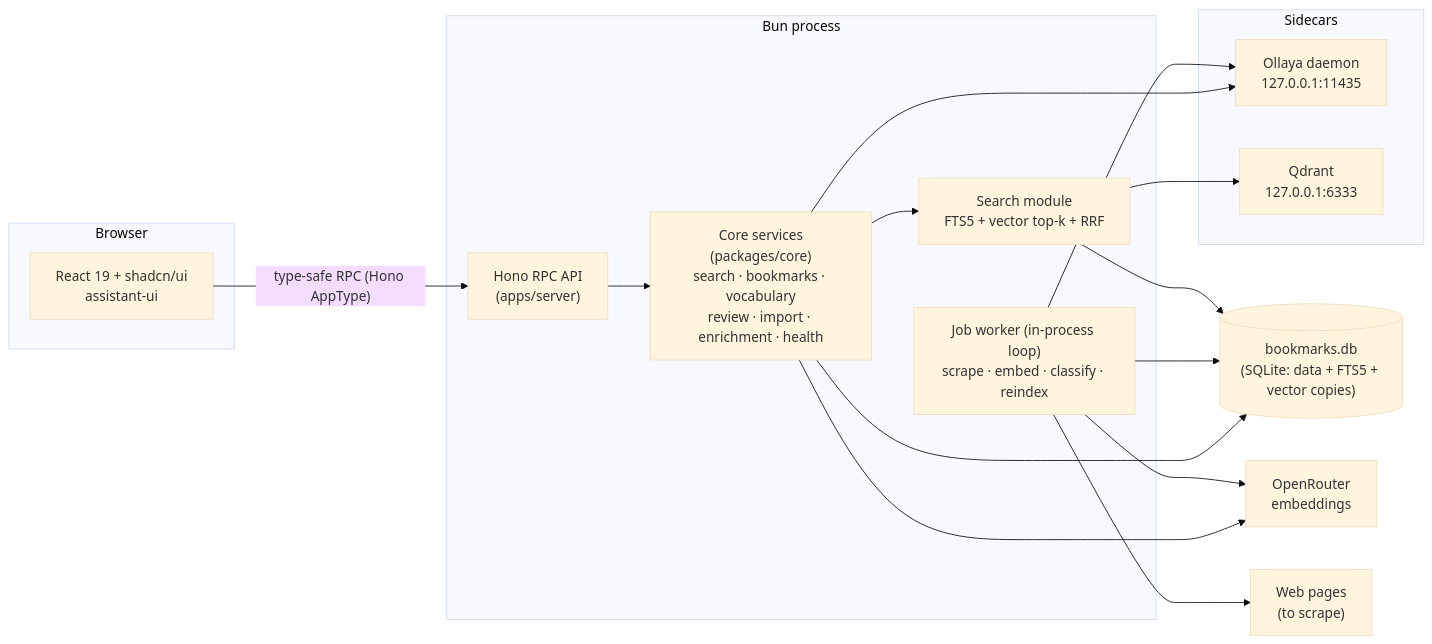
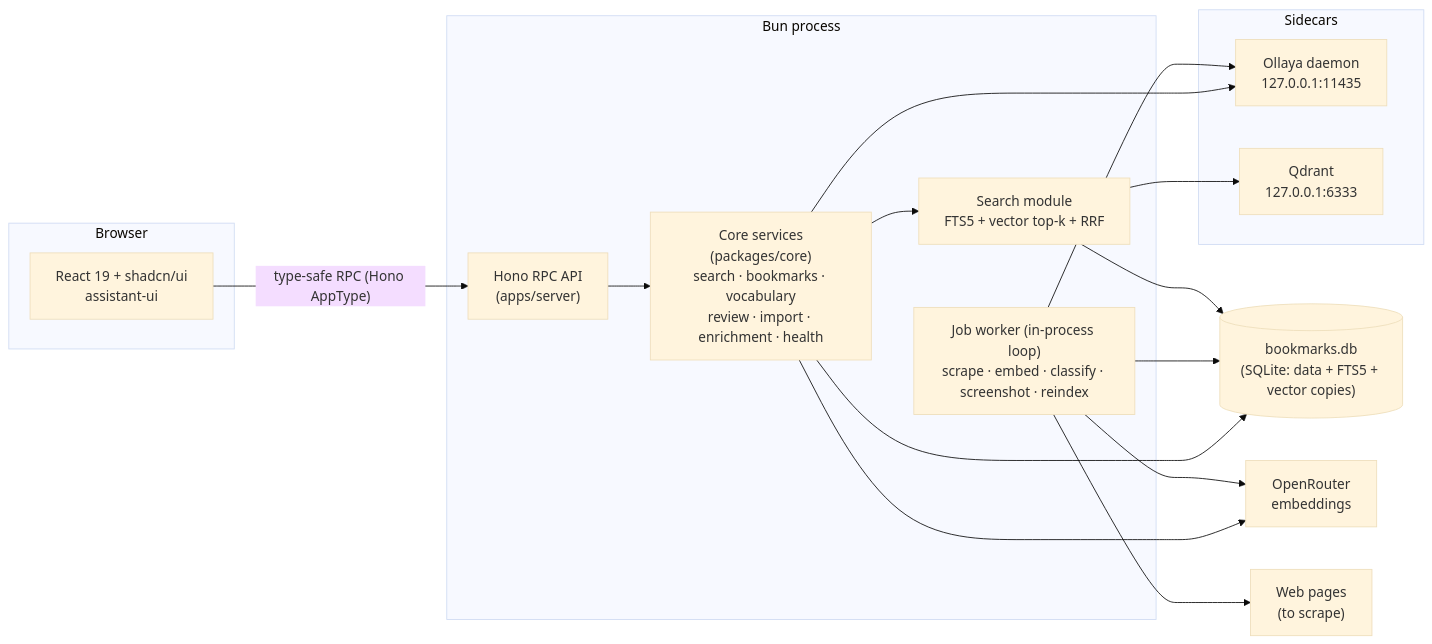
The first of 2 diagrams in docs/ARCHITECTURE.md (leonistor/al-yo-bo), drawn with Mermaid (base theme) before and after one commit. The commit also changed other lines of this file and 2 other files, not shown here.

First line of the commit message:
docs: reconcile ARCHITECTURE, MODEL, README with direct-commit import

````diff
--- a/docs/ARCHITECTURE.md
+++ b/docs/ARCHITECTURE.md
@@ -62,36 +64,36 @@
 ```mermaid
 flowchart LR
   subgraph browser [Browser]
     Web["React 19 + shadcn/ui\nassistant-ui"]
   end
 
   subgraph bun [Bun process]
     API["Hono RPC API\n(apps/server)"]
     Core["Core services\n(packages/core)\nsearch · bookmarks · vocabulary\nreview · import · enrichment · health"]
-    Worker["Job worker (in-process loop)\nscrape · embed · classify · reindex"]
+    Worker["Job worker (in-process loop)\nscrape · embed · classify · screenshot · reindex"]
     Search["Search module\nFTS5 + vector top-k + RRF"]
   end
 
   DB[("bookmarks.db\n(SQLite: data + FTS5 + vector copies)")]
 
   subgraph sidecars [Sidecars]
     Ollaya["Ollaya daemon\n127.0.0.1:11435"]
     Qdrant["Qdrant\n127.0.0.1:6333"]
   end
 
   OR["OpenRouter\nembeddings"]
   Sites["Web pages\n(to scrape)"]
 
   Web -- "type-safe RPC (Hono AppType)" --> API
   API --> Core
   Core --> Search
   Core --> DB
   Core --> OR
   Core --> Ollaya
   Worker --> DB
   Worker --> Ollaya
   Worker --> OR
   Worker --> Sites
   Search --> DB
   Search --> Qdrant
 ```
````
